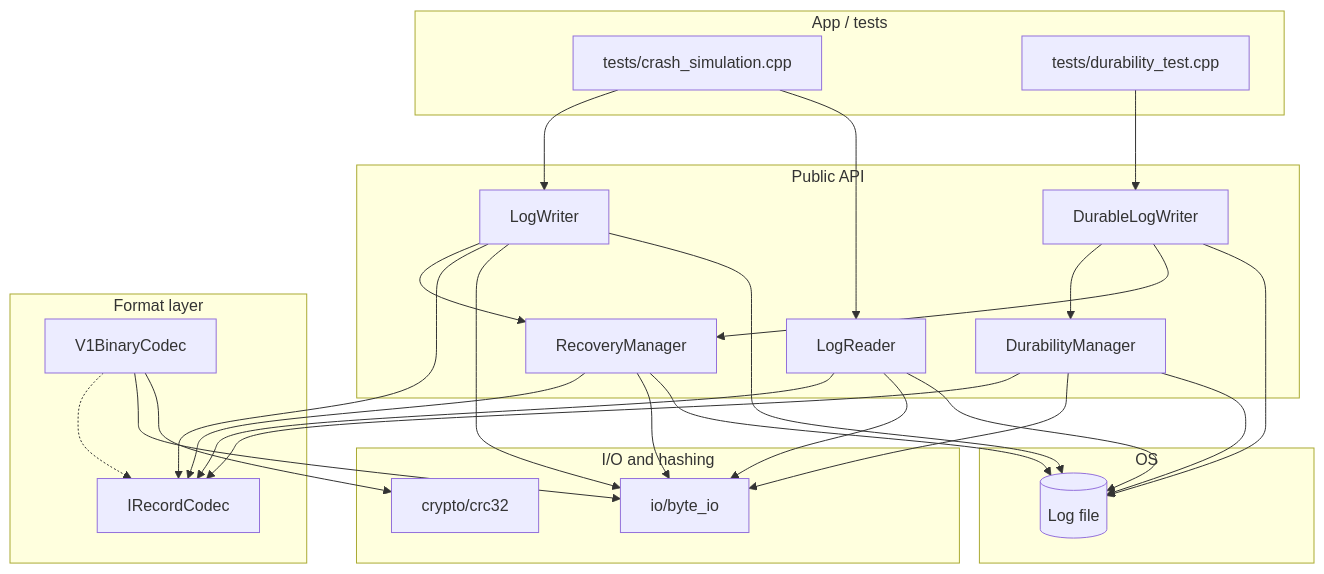
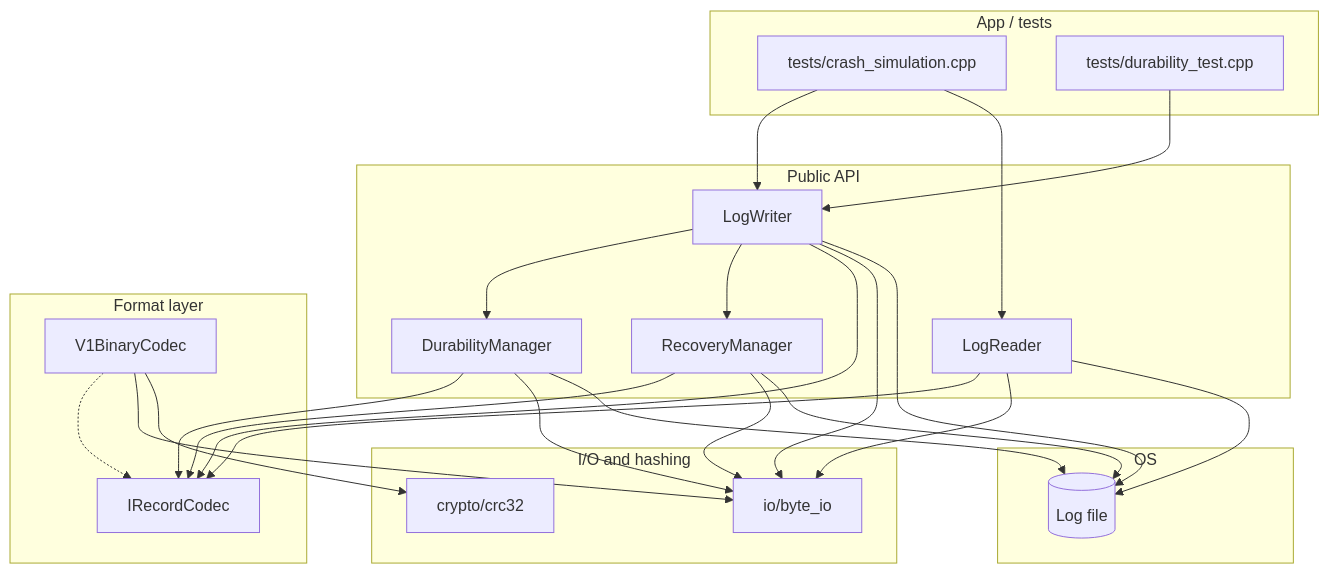
Before and after one commit to arijit780/log_aggregator: the first of 6 diagrams in docs/architecture.md, drawn with Mermaid. The commit also changed other lines of this file and 72 other files, not shown here.

````diff
--- a/docs/architecture.md
+++ b/docs/architecture.md
@@ -18,52 +24,49 @@
 ```mermaid
 flowchart TB
   subgraph app["App / tests"]
     T[tests/crash_simulation.cpp]
     DT[tests/durability_test.cpp]
   end
 
   subgraph public_api["Public API"]
     W[LogWriter]
-    DW[DurableLogWriter]
     DM[DurabilityManager]
     R[LogReader]
     M[RecoveryManager]
   end
 
   subgraph record["Format layer"]
     IC[IRecordCodec]
     V1[V1BinaryCodec]
   end
 
   subgraph sys["I/O and hashing"]
     IO[io/byte_io]
     C[crypto/crc32]
   end
 
   subgraph disk["OS"]
     FS[(Log file)]
   end
 
   T --> W
   T --> R
-  DT --> DW
-  DW --> DM
-  DW --> M
+  DT --> W
+  W --> DM
   W --> M
   W --> IC
   R --> IC
   M --> IC
   V1 -.-> IC
   W --> IO
   R --> IO
   M --> IO
   V1 --> IO
   V1 --> C
   W --> FS
   R --> FS
   M --> FS
   DM --> IC
   DM --> IO
   DM --> FS
-  DW --> FS
 ```
````
